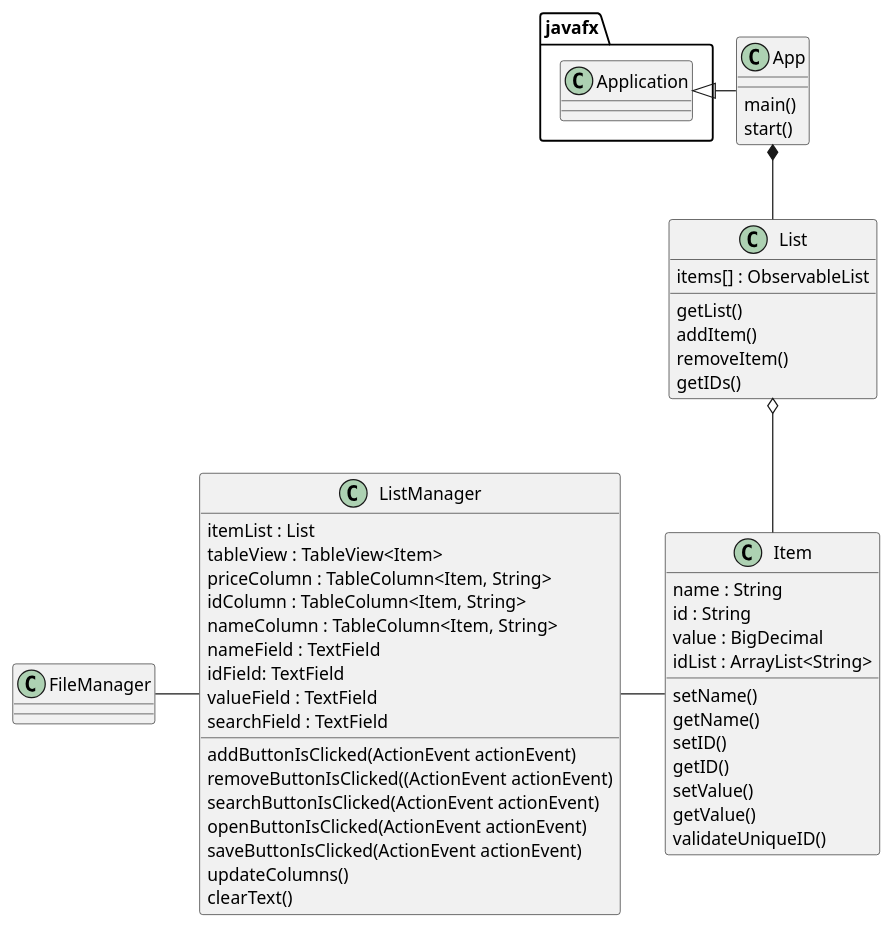
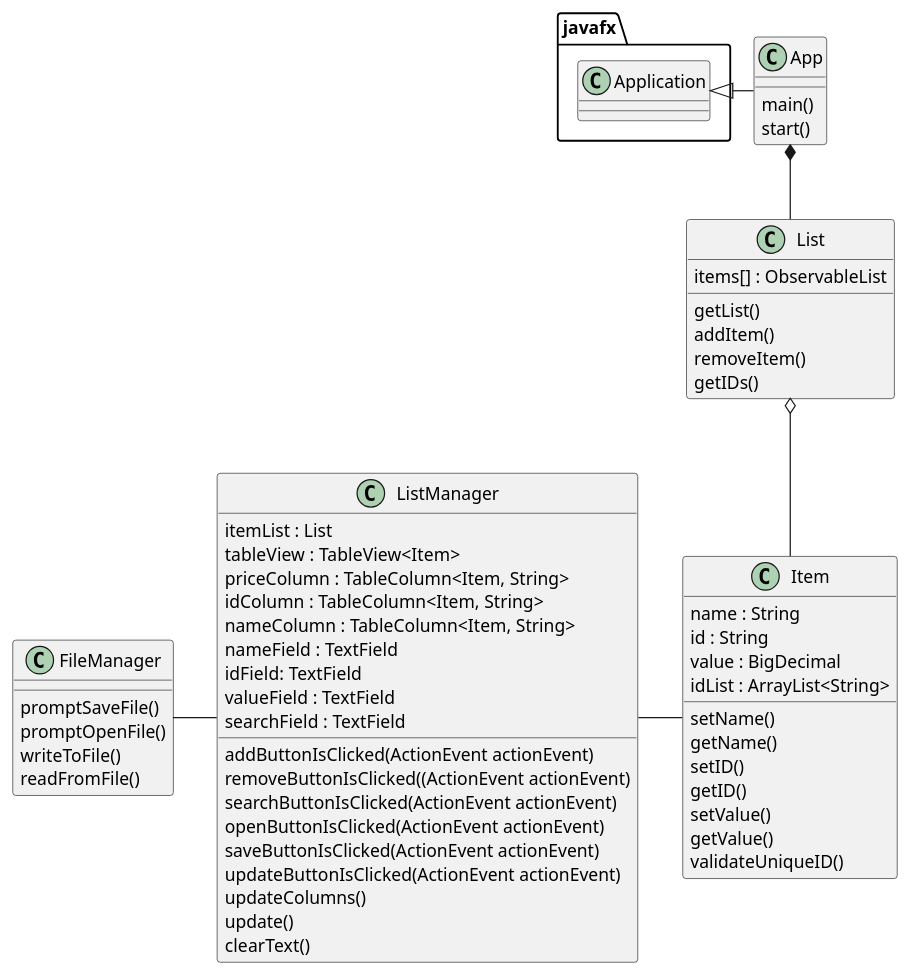
The diagram in PUML/Assignment5.puml (nick-vigg/Viggiani-9772-Assignment5), drawn with PlantUML before and after one commit. The commit also changed 4 other files, not shown here.

```diff
--- a/PUML/Assignment5.puml
+++ b/PUML/Assignment5.puml
@@ -1,61 +1,67 @@
 @startuml
 
 class App{
 main()
 start()
 }
 
 class Item{
 name : String
 id : String
 value : BigDecimal
 idList : ArrayList<String>
 
 setName()
 getName()
 setID()
 getID()
 setValue()
 getValue()
 validateUniqueID()
 }
 
 class List{
 items[] : ObservableList
 
 getList()
 addItem()
 removeItem()
 getIDs()
 }
 
 class FileManager{
+promptSaveFile()
+promptOpenFile()
+writeToFile()
+readFromFile()
 }
 
 class ListManager{
 itemList : List
 tableView : TableView<Item>
 priceColumn : TableColumn<Item, String>
 idColumn : TableColumn<Item, String>
 nameColumn : TableColumn<Item, String>
 nameField : TextField
 idField: TextField
 valueField : TextField
 searchField : TextField
 
 addButtonIsClicked(ActionEvent actionEvent)
 removeButtonIsClicked((ActionEvent actionEvent)
 searchButtonIsClicked(ActionEvent actionEvent)
 openButtonIsClicked(ActionEvent actionEvent)
 saveButtonIsClicked(ActionEvent actionEvent)
+updateButtonIsClicked(ActionEvent actionEvent)
 updateColumns()
+update()
 clearText()
 }
 
 javafx.Application <|- App
 App *-- List
 List o-- Item
 ListManager - Item
 FileManager - ListManager
 
 @enduml
```
